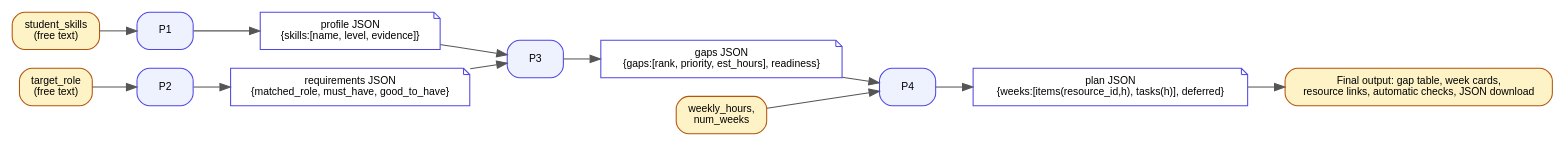
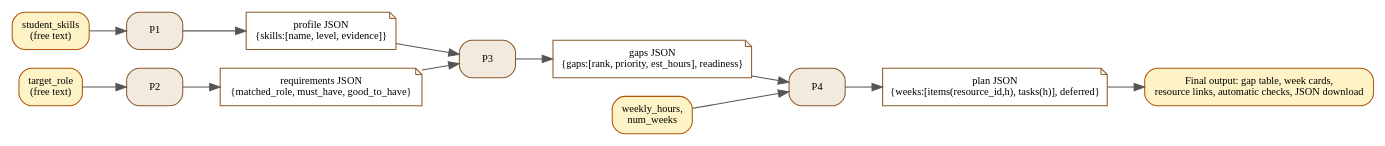
Before and after one commit to vanshchaudhary2810/skillit-prompt: the diagram in docs/diagrams/io_flow.dot, drawn with Graphviz. The commit also changed 15 other files, not shown here.

```diff
--- a/docs/diagrams/io_flow.dot
+++ b/docs/diagrams/io_flow.dot
@@ -1,9 +1,9 @@
-digraph G { rankdir=LR; node [fontname="Helvetica", fontsize=10, style="rounded,filled", shape=box, fillcolor="#EEF2FF", color="#4F46E5"]; edge [fontname="Helvetica", fontsize=9, color="#555555"];
+digraph G { rankdir=LR; node [fontname="Liberation Serif", fontsize=10, style="rounded,filled", shape=box, fillcolor="#F3EADF", color="#8B5A2B"]; edge [fontname="Liberation Serif", fontsize=9, color="#555555"];
 i1 [label="student_skills\n(free text)", fillcolor="#FEF3C7", color="#B45309"]; i2 [label="target_role\n(free text)", fillcolor="#FEF3C7", color="#B45309"]; i3 [label="weekly_hours,\nnum_weeks", fillcolor="#FEF3C7", color="#B45309"];
 p1 [label="P1"]; p2 [label="P2"]; p3 [label="P3"]; p4 [label="P4"];
 o1 [label="profile JSON\n{skills:[name, level, evidence]}", shape=note, fillcolor="#FFFFFF"];
 o2 [label="requirements JSON\n{matched_role, must_have, good_to_have}", shape=note, fillcolor="#FFFFFF"];
 o3 [label="gaps JSON\n{gaps:[rank, priority, est_hours], readiness}", shape=note, fillcolor="#FFFFFF"];
 o4 [label="plan JSON\n{weeks:[items(resource_id,h), tasks(h)], deferred}", shape=note, fillcolor="#FFFFFF"];
 ui [label="Final output: gap table, week cards,\nresource links, automatic checks, JSON download", fillcolor="#FEF3C7", color="#B45309"];
 i1 -> p1 -> o1; i2 -> p2 -> o2; o1 -> p3; o2 -> p3 -> o3; o3 -> p4; i3 -> p4 -> o4 -> ui; }
```
